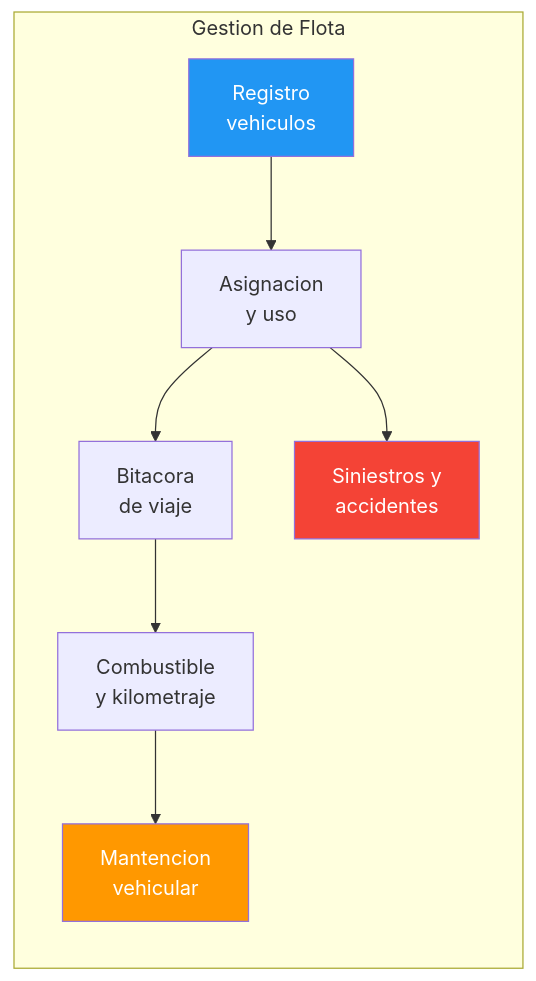
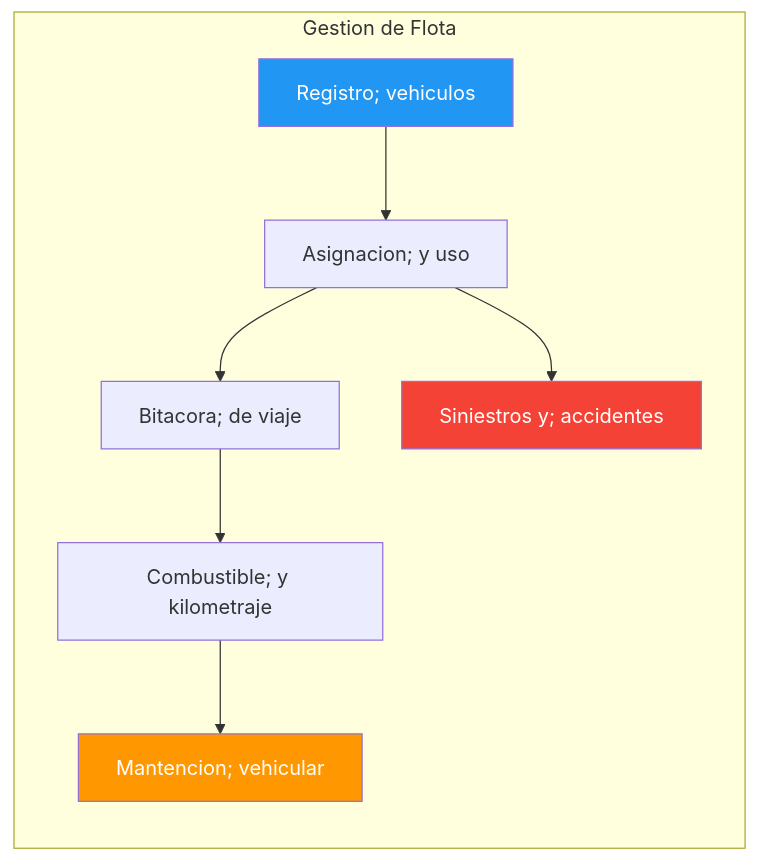
Before and after one commit to felix-antonio-sl/kora: the first of 5 diagrams in KNOWLEDGE/gn/kb/manual-flota-servicios-generales.md, drawn with Mermaid. The commit also changed other lines of this file and 1034 other files, not shown here.

````diff
--- a/KNOWLEDGE/gn/kb/manual-flota-servicios-generales.md
+++ b/KNOWLEDGE/gn/kb/manual-flota-servicios-generales.md
@@ -32,19 +43,19 @@
 ```mermaid
 flowchart LR
-    subgraph CICLO_FLOTA["Gestion de Flota"]
-        S1["Registro<br/>vehiculos"]
-        S2["Asignacion<br/>y uso"]
-        S3["Bitacora<br/>de viaje"]
-        S4["Combustible<br/>y kilometraje"]
-        S5["Mantencion<br/>vehicular"]
-        S6["Siniestros y<br/>accidentes"]
-    end
+ subgraph CICLO_FLOTA["Gestion de Flota"]
+ S1["Registro; vehiculos"]
+ S2["Asignacion; y uso"]
+ S3["Bitacora; de viaje"]
+ S4["Combustible; y kilometraje"]
+ S5["Mantencion; vehicular"]
+ S6["Siniestros y; accidentes"]
+ end
 
-    S1 --> S2 --> S3 --> S4
-    S4 --> S5
-    S2 --> S6
+ S1 --> S2 --> S3 --> S4
+ S4 --> S5
+ S2 --> S6
 
-    style S1 fill:#2196F3,color:#fff
-    style S5 fill:#FF9800,color:#fff
-    style S6 fill:#f44336,color:#fff
+ style S1 fill:#2196F3,color:#fff
+ style S5 fill:#FF9800,color:#fff
+ style S6 fill:#f44336,color:#fff
 ```
````
